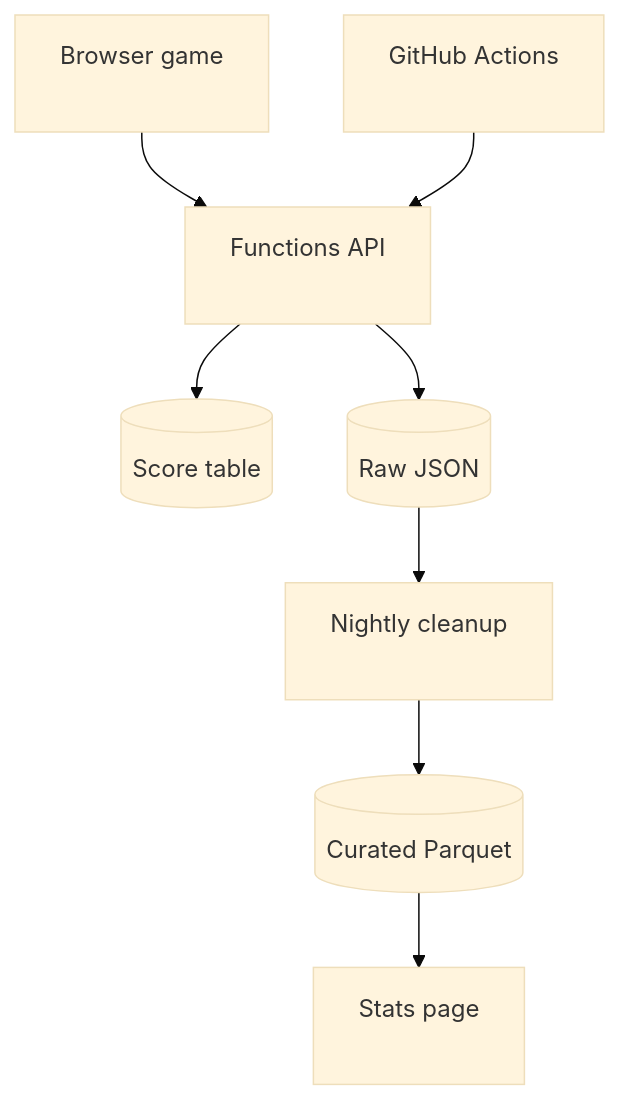
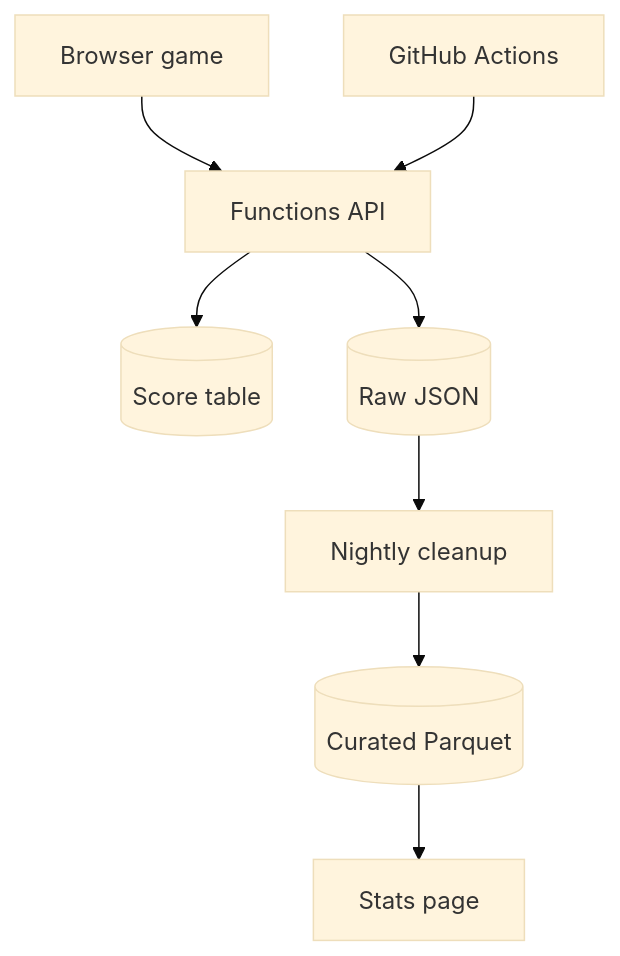
The diagram in README.md (Gerlitek/zombiet-peli), drawn with Mermaid (base theme) before and after one commit.

Commit message:
Drop the empty label lines GitHub ignores anyway

````diff
--- a/README.md
+++ b/README.md
@@ -14,10 +14,10 @@
 ```mermaid
 flowchart TD
-    Game["Browser game<br/>&nbsp;"] --> API
-    GH["GitHub Actions<br/>&nbsp;"] --> API
-    API["Functions API<br/>&nbsp;"] --> Scores[("Score table")]
+    Game["Browser game"] --> API
+    GH["GitHub Actions"] --> API
+    API["Functions API"] --> Scores[("Score table")]
     API --> Raw[("Raw JSON")]
-    Raw --> Night["Nightly cleanup<br/>&nbsp;"]
+    Raw --> Night["Nightly cleanup"]
     Night --> Cur[("Curated Parquet")]
-    Cur --> Dash["Stats page<br/>&nbsp;"]
+    Cur --> Dash["Stats page"]
 ```
````
